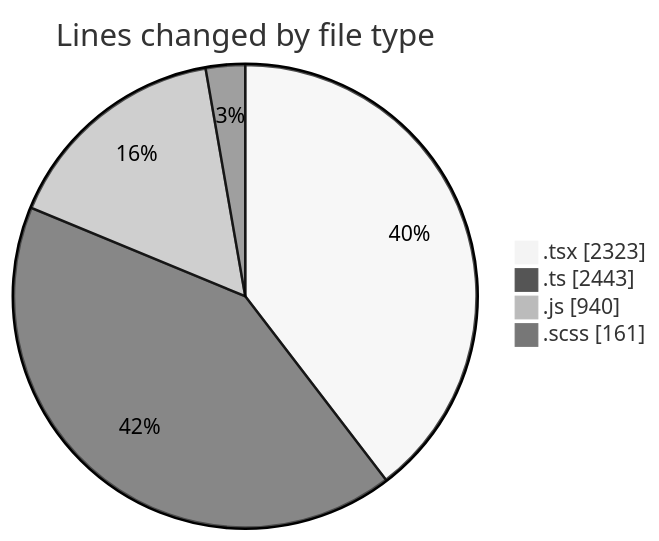
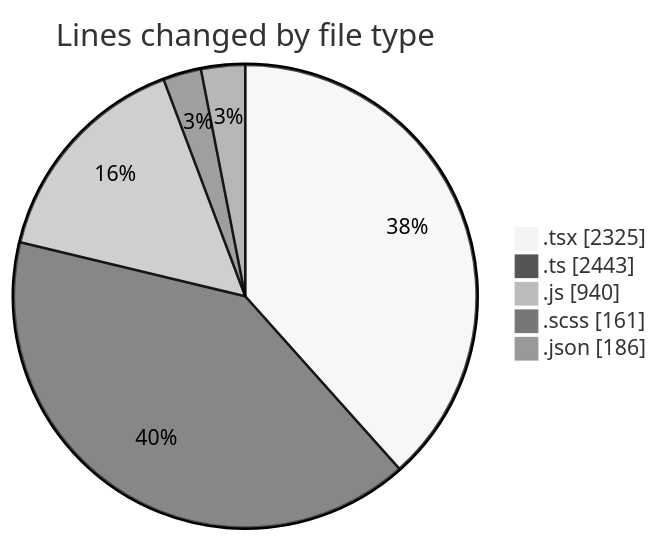
The first of 2 diagrams in 2026-07-16/cda/README.md (momahboobian/code-tracking), drawn with Mermaid (neutral theme) before and after one commit. The commit also changed other lines of this file and 1 other file, not shown here.

````diff
--- a/2026-07-16/cda/README.md
+++ b/2026-07-16/cda/README.md
@@ -50,8 +51,9 @@
 ```mermaid
 pie showData
 title Lines changed by file type
-".tsx" : 2323
+".tsx" : 2325
 ".ts" : 2443
 ".js" : 940
 ".scss" : 161
+".json" : 186
 ```
````
